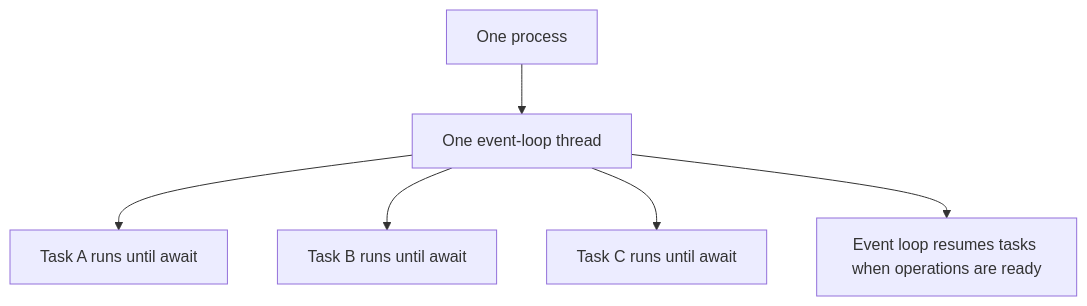
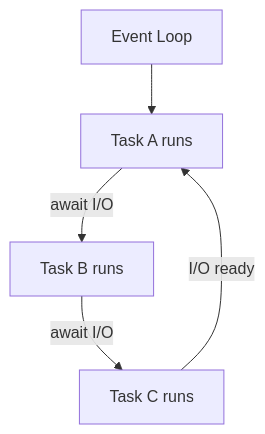
Before and after one commit to AvadhBhalodiya/Interview-Preparation: the fourth of 7 diagrams in src/content/python/threading-multiprocessing-asyncio.md, drawn with Mermaid. The commit also changed other lines of this file and 80 other files, not shown here.

````diff
--- a/src/content/python/threading-multiprocessing-asyncio.md
+++ b/src/content/python/threading-multiprocessing-asyncio.md
@@ -598,8 +213,7 @@
 ```mermaid
 flowchart TD
-    PROC[One process] --> EL[One event-loop thread]
-    EL --> TA[Task A runs until await]
-    EL --> TB[Task B runs until await]
-    EL --> TC[Task C runs until await]
-    EL --> RESUME[Event loop resumes tasks when operations are ready]
+    EL[Event Loop] --> A[Task A runs]
+    A -->|await I/O| B[Task B runs]
+    B -->|await I/O| C[Task C runs]
+    C -->|I/O ready| A
 ```
````
